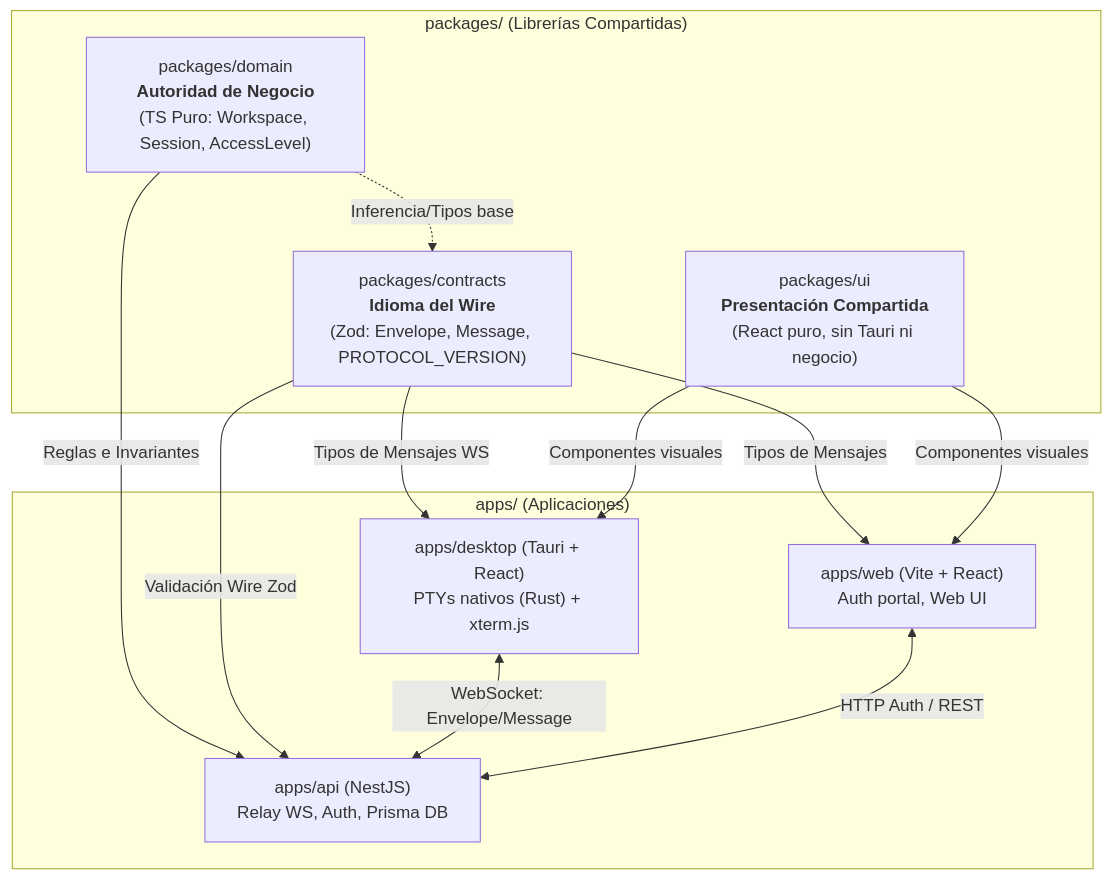
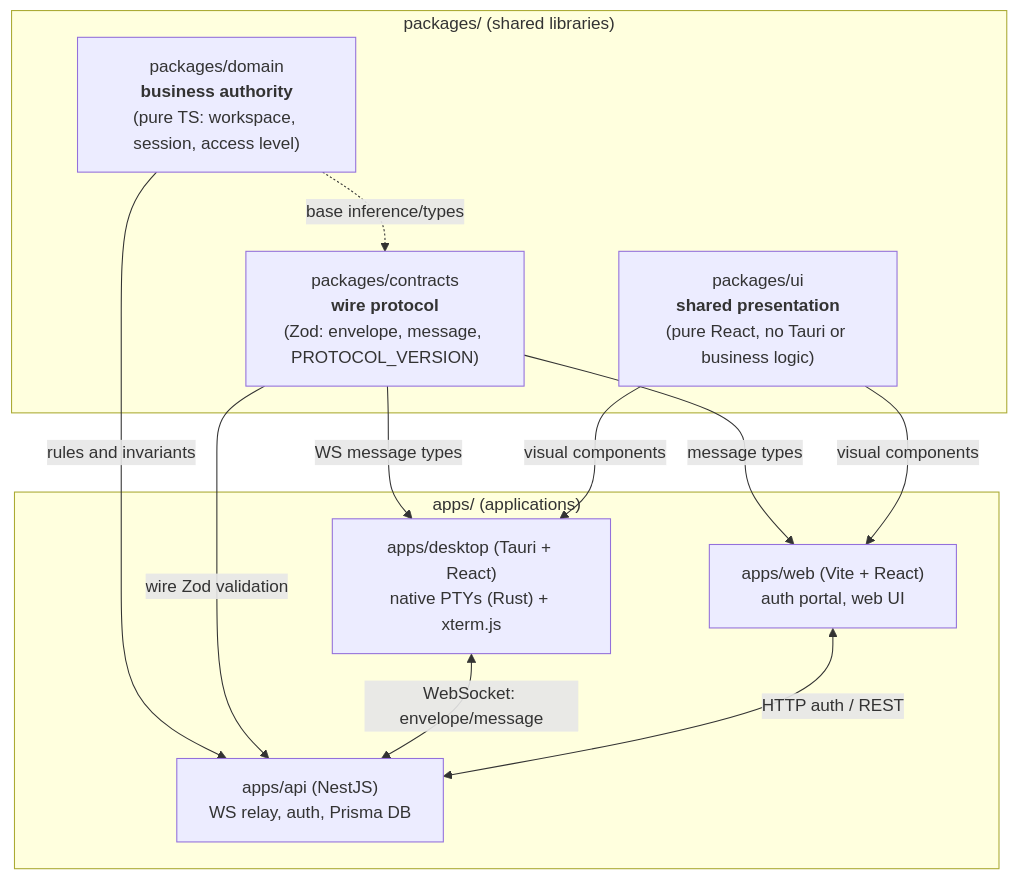
Before and after one commit to facyndev/opencollab: the diagram in README.md, drawn with Mermaid. The commit also changed other lines of this file, not shown here.

````diff
--- a/README.md
+++ b/README.md
@@ -55,28 +55,28 @@
 ```mermaid
 flowchart TD
-    subgraph Packages ["packages/ (Librerías Compartidas)"]
-        Domain["packages/domain<br/><b>Autoridad de Negocio</b><br/>(TS Puro: Workspace, Session, AccessLevel)"]
-        Contracts["packages/contracts<br/><b>Idioma del Wire</b><br/>(Zod: Envelope, Message, PROTOCOL_VERSION)"]
-        UI["packages/ui<br/><b>Presentación Compartida</b><br/>(React puro, sin Tauri ni negocio)"]
+    subgraph Packages ["packages/ (shared libraries)"]
+        Domain["packages/domain<br/><b>business authority</b><br/>(pure TS: workspace, session, access level)"]
+        Contracts["packages/contracts<br/><b>wire protocol</b><br/>(Zod: envelope, message, PROTOCOL_VERSION)"]
+        UI["packages/ui<br/><b>shared presentation</b><br/>(pure React, no Tauri or business logic)"]
     end
 
-    subgraph Apps ["apps/ (Aplicaciones)"]
-        API["apps/api (NestJS)<br/>Relay WS, Auth, Prisma DB"]
-        Desktop["apps/desktop (Tauri + React)<br/>PTYs nativos (Rust) + xterm.js"]
-        Web["apps/web (Vite + React)<br/>Auth portal, Web UI"]
+    subgraph Apps ["apps/ (applications)"]
+        API["apps/api (NestJS)<br/>WS relay, auth, Prisma DB"]
+        Desktop["apps/desktop (Tauri + React)<br/>native PTYs (Rust) + xterm.js"]
+        Web["apps/web (Vite + React)<br/>auth portal, web UI"]
     end
 
-    %% Relaciones
-    Domain -->|Reglas e Invariantes| API
-    Domain -.->|Inferencia/Tipos base| Contracts
+    %% Relationships
+    Domain -->|rules and invariants| API
+    Domain -.->|base inference/types| Contracts
 
-    Contracts -->|Validación Wire Zod| API
-    Contracts -->|Tipos de Mensajes WS| Desktop
-    Contracts -->|Tipos de Mensajes| Web
+    Contracts -->|wire Zod validation| API
+    Contracts -->|WS message types| Desktop
+    Contracts -->|message types| Web
 
-    UI -->|Componentes visuales| Desktop
-    UI -->|Componentes visuales| Web
+    UI -->|visual components| Desktop
+    UI -->|visual components| Web
 
-    Desktop <-->|WebSocket: Envelope/Message| API
-    Web <-->|HTTP Auth / REST| API
+    Desktop <-->|WebSocket: envelope/message| API
+    Web <-->|HTTP auth / REST| API
 ```
````
